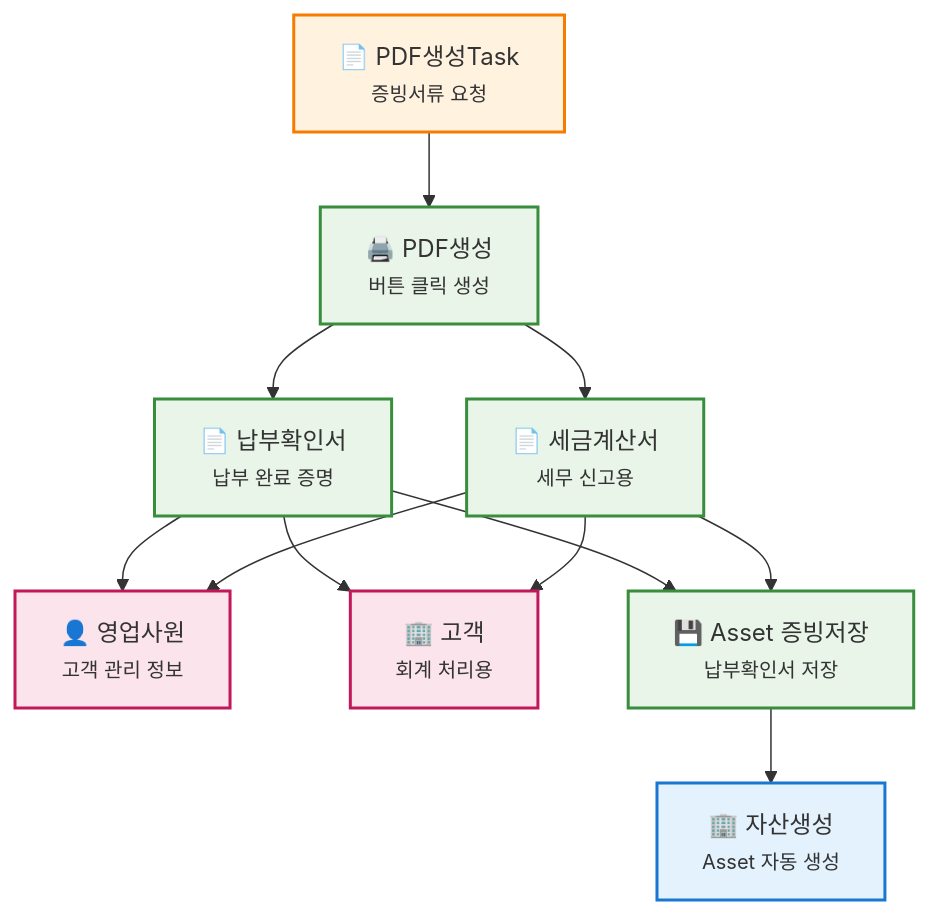
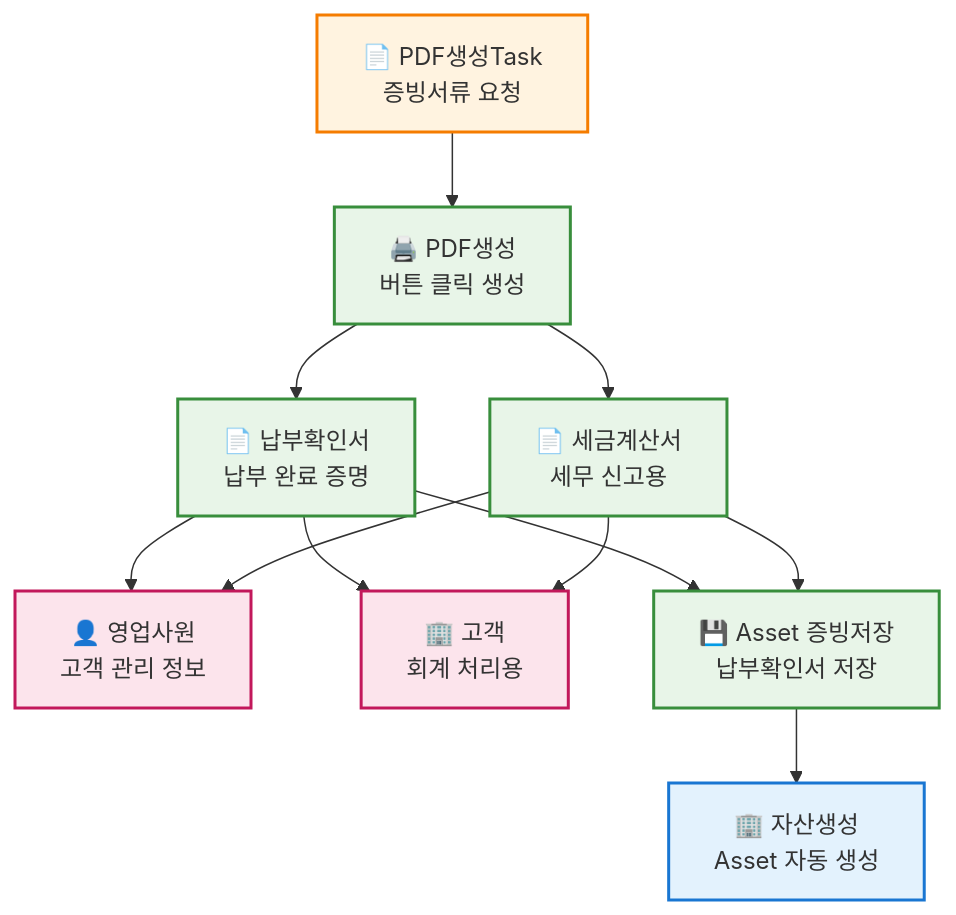
The fifth of 6 diagrams in README.md (MoonJH-2/MainOrgProject), drawn with Mermaid before and after one commit. The commit also changed other lines of this file, not shown here.

First line of the commit message:
fix: Mermaid 플로우차트 텍스트 잘림 현상 완전 해결

````diff
--- a/README.md
+++ b/README.md
@@ -132,32 +132,32 @@
 ```mermaid
 flowchart TD
-    L["📄 PDF생성Task<br><small>증빙서류 요청</small>"] --> O["🖨️ PDF생성 <br><small>버튼 클릭 생성 </small>"]
+    L["📄 PDF생성Task<br>증빙서류 요청"] --> O["🖨️ PDF생성<br>버튼 클릭 생성"]
     
-    O --> P["📄 납부확인서<br><small>납부 완료 증명 </small>"]
-    O --> Q["📄 세금계산서<br><small>세무 신고용 </small>"]
+    O --> P["📄 납부확인서<br>납부 완료 증명"]
+    O --> Q["📄 세금계산서<br>세무 신고용"]
     
-    P --> R["👤 영업사원<br><small>고객 관리 정보 </small>"]
-    P --> S["🏢 고객<br><small>회계 처리용 </small>"]
-    P --> AssetDoc["💾 Asset 증빙저장<br><small>납부확인서 저장</small>"]
+    P --> R["👤 영업사원<br>고객 관리 정보"]
+    P --> S["🏢 고객<br>회계 처리용"]
+    P --> AssetDoc["💾 Asset 증빙저장<br>납부확인서 저장"]
     
     Q --> R
     Q --> S
     Q --> AssetDoc
     
-    AssetDoc --> N["🏢 자산생성 <br><small>Asset 자동 생성 </small>"]
+    AssetDoc --> N["🏢 자산생성<br>Asset 자동 생성"]
     
     %% 스타일 정의
     L:::task
     O:::pdf
     P:::pdf
     Q:::pdf
     R:::people
     S:::people
     AssetDoc:::pdf
     N:::main
     
     classDef task fill:#fff3e0,stroke:#f57c00,stroke-width:2px
     classDef pdf fill:#e8f5e8,stroke:#388e3c,stroke-width:2px
     classDef people fill:#fce4ec,stroke:#c2185b,stroke-width:2px
     classDef main fill:#e3f2fd,stroke:#1976d2,stroke-width:2px
 ```
````
